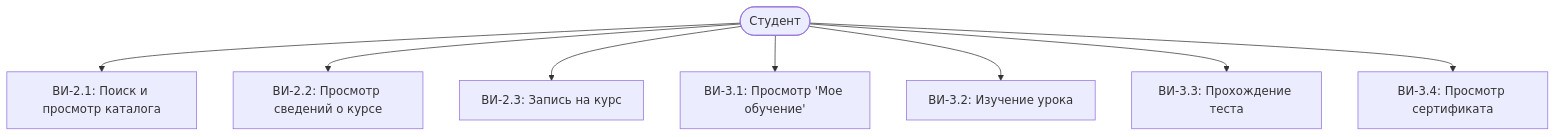
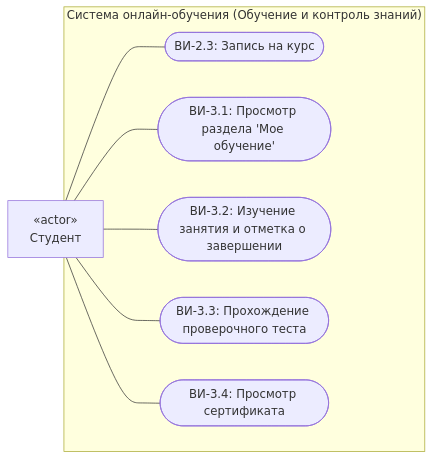
The third of 5 diagrams in projects/10/03-Системный аналитик/Варианты использования.md (DrMozq/it-2026), drawn with Mermaid before and after one commit. The commit also changed other lines of this file and 4 other files, not shown here.

Commit message:
team 10: fix audit comments - remove English titles, shorten intros, Russian labels, UML notation, NFR cleanup

````diff
--- a/projects/10/03-Системный аналитик/Варианты использования.md
+++ b/projects/10/03-Системный аналитик/Варианты использования.md
@@ -35,10 +81,18 @@
 ```mermaid
-flowchart TD
-    S(["Студент"]) --> UC5["ВИ-2.1: Поиск и просмотр каталога"]
-    S --> UC6["ВИ-2.2: Просмотр сведений о курсе"]
-    S --> UC7["ВИ-2.3: Запись на курс"]
-    S --> UC8["ВИ-3.1: Просмотр 'Мое обучение'"]
-    S --> UC9["ВИ-3.2: Изучение урока"]
-    S --> UC10["ВИ-3.3: Прохождение теста"]
-    S --> UC11["ВИ-3.4: Просмотр сертификата"]
+flowchart LR
+    Студент["«actor»<br/>Студент"]
+
+    subgraph ГраницаСистемы2 ["Система онлайн-обучения (Обучение и контроль знаний)"]
+        ВИ_ЗаписьНаКурс(["ВИ-2.3: Запись на курс"])
+        ВИ_МоеОбучение(["ВИ-3.1: Просмотр раздела 'Мое обучение'"])
+        ВИ_ИзучениеЗанятия(["ВИ-3.2: Изучение занятия и отметка о завершении"])
+        ВИ_ПрохождениеТеста(["ВИ-3.3: Прохождение проверочного теста"])
+        ВИ_Сертификат(["ВИ-3.4: Просмотр сертификата"])
+    end
+
+    Студент --- ВИ_ЗаписьНаКурс
+    Студент --- ВИ_МоеОбучение
+    Студент --- ВИ_ИзучениеЗанятия
+    Студент --- ВИ_ПрохождениеТеста
+    Студент --- ВИ_Сертификат
 ```
````
